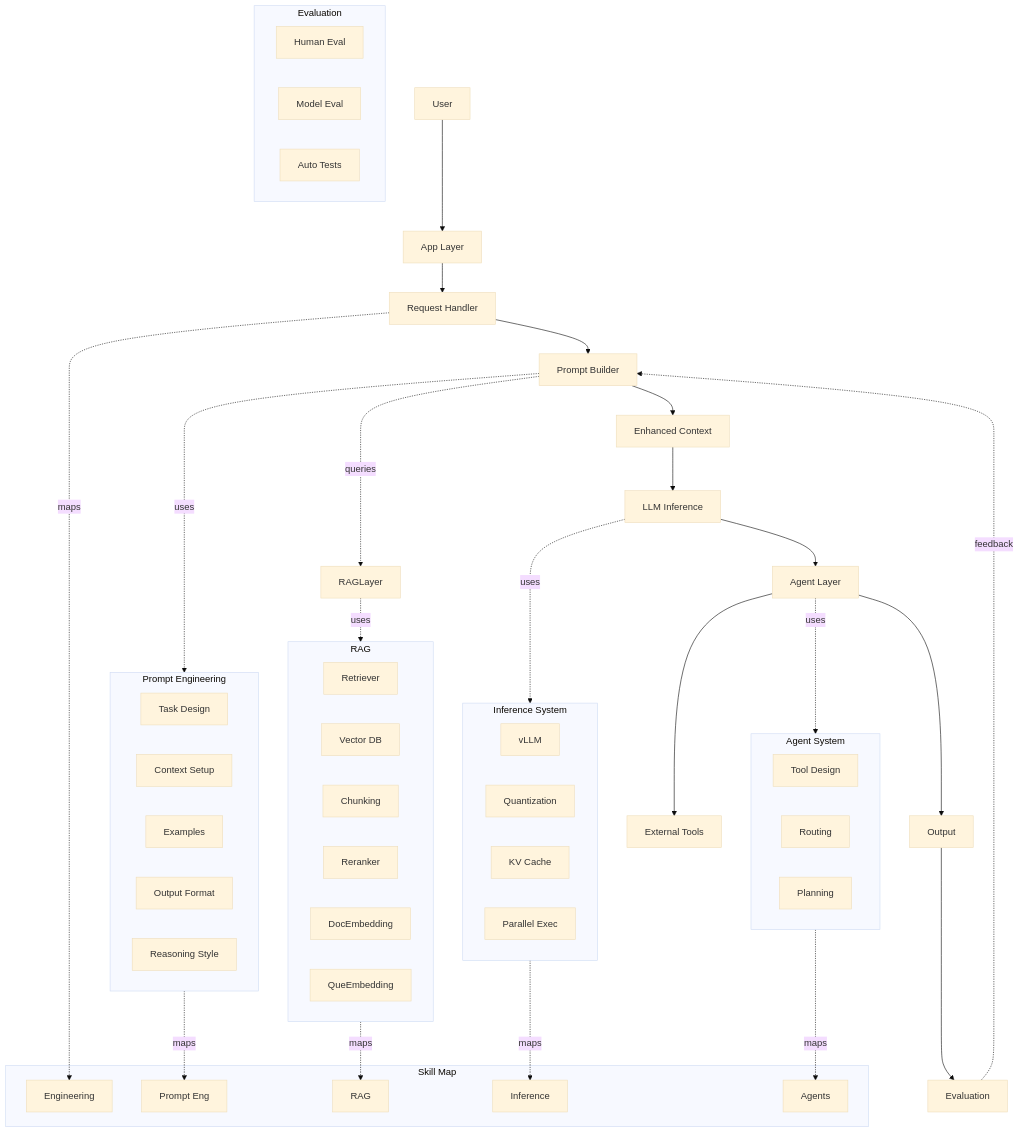
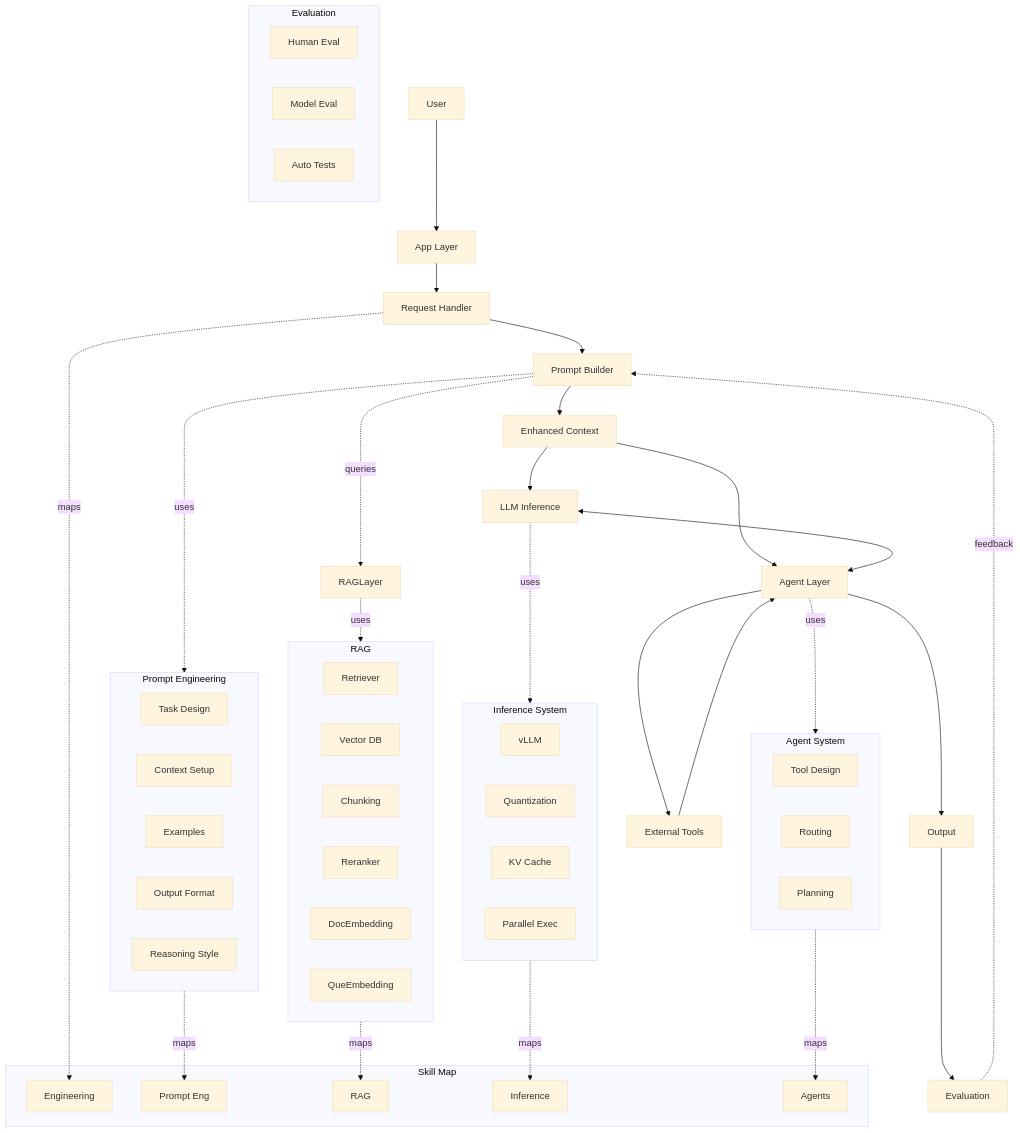
The diagram in combined.md (Poseiden/AI-Awesome), drawn with Mermaid (base theme) before and after one commit. The commit also changed other lines of this file, not shown here.

Commit message:
[Fix] fix AgentLayer and LLM relationship .md

```diff
--- a/combined.md
+++ b/combined.md
@@ -49,8 +49,10 @@
   LLM -. uses .-> InferenceSys
 
   %% Agents and Tools
-  LLM --> AgentLayer
+  EnhancedContext --> AgentLayer
+  LLM <--> AgentLayer
   AgentLayer[Agent Layer]
+  
 
   subgraph AgentSys[Agent System]
     Agent_ToolDesign[Tool Design]
@@ -60,6 +62,7 @@
   AgentLayer -. uses .-> AgentSys
 
   AgentLayer --> Tools[External Tools]
+  Tools --> AgentLayer
 
   %% Output
   AgentLayer --> Output
```
